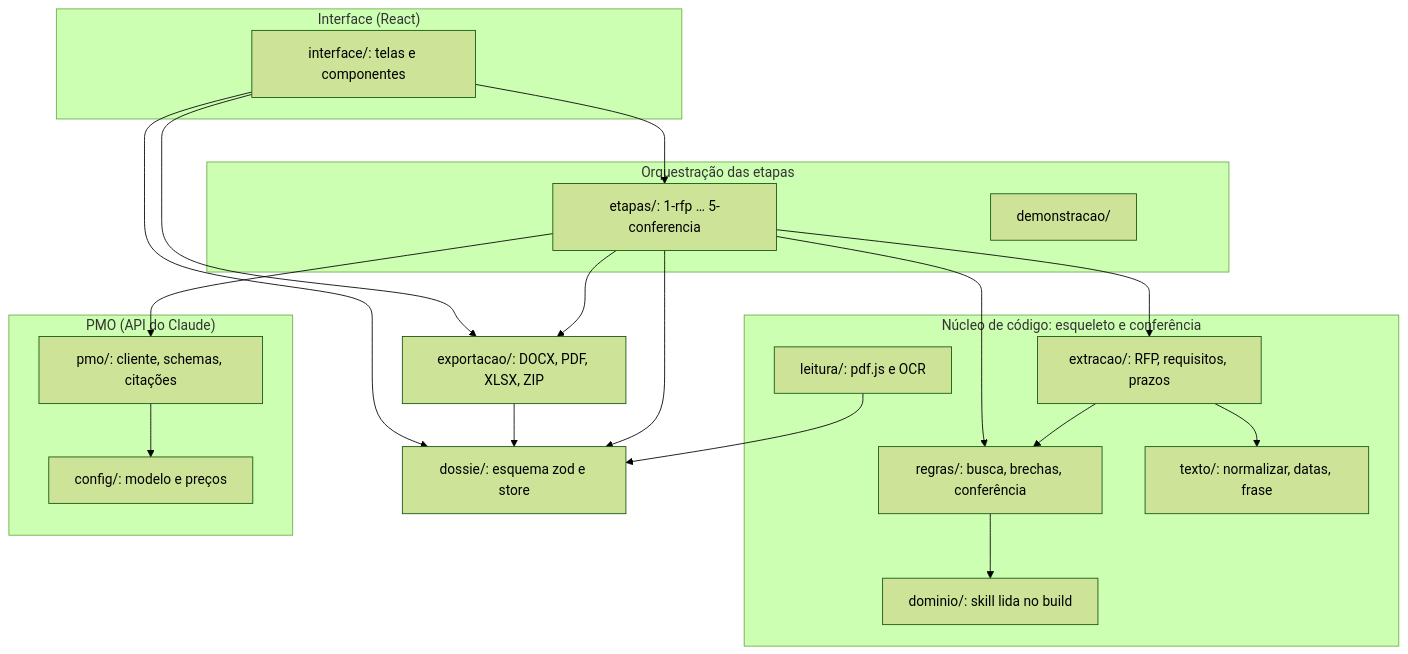
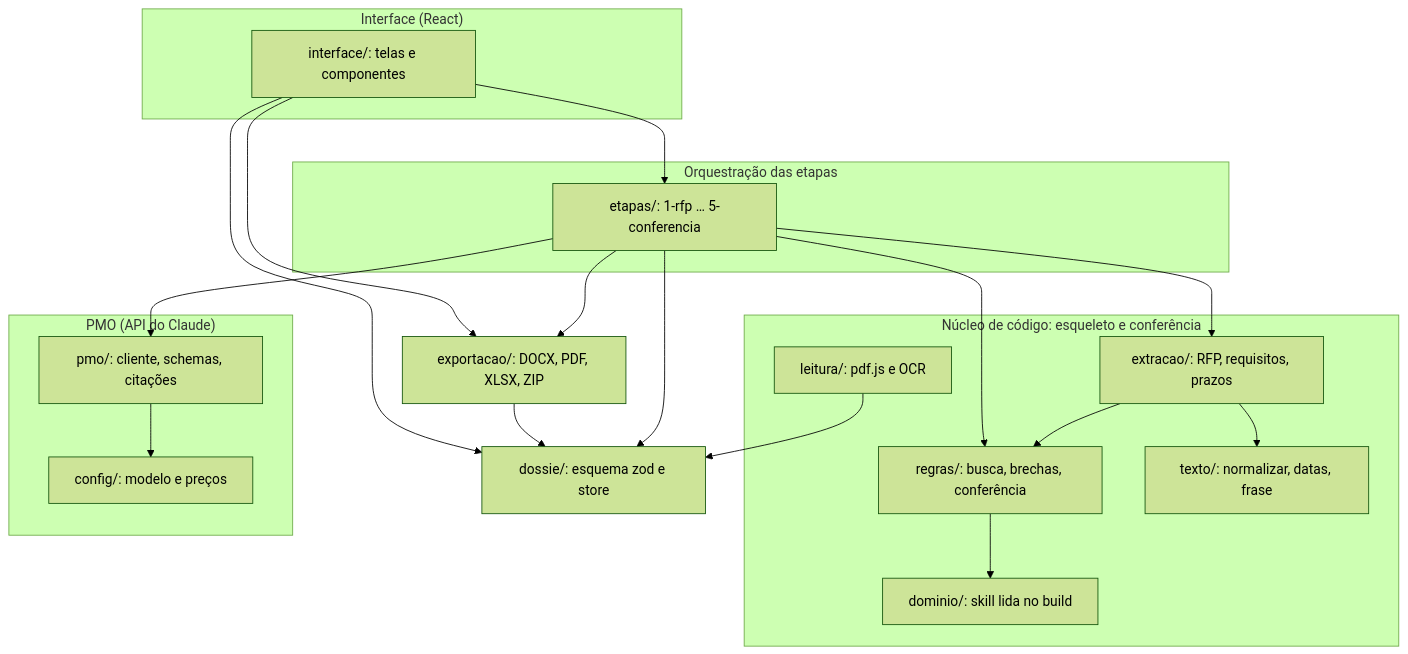
One commit to izacxll/raio-x-do-projeto changed the diagram in docs/tecnico/02-arquitetura.md. Above: the diagram before and after it, drawn with Mermaid (forest theme). The commit also changed other lines of this file and 52 other files, not shown here.

````diff
--- a/docs/tecnico/02-arquitetura.md
+++ b/docs/tecnico/02-arquitetura.md
@@ -16,37 +16,36 @@
 ```mermaid
 graph TB
   subgraph Interface["Interface (React)"]
     UI["interface/: telas e componentes"]
   end
   subgraph Etapas["Orquestração das etapas"]
     ET["etapas/: 1-rfp … 5-conferencia"]
-    DEMO["demonstracao/"]
   end
   subgraph Nucleo["Núcleo de código: esqueleto e conferência"]
     LEI["leitura/: pdf.js e OCR"]
     EXT["extracao/: RFP, requisitos, prazos"]
     REG["regras/: busca, brechas, conferência"]
     TXT["texto/: normalizar, datas, frase"]
     DOM["dominio/: skill lida no build"]
   end
   subgraph PMO["PMO (API do Claude)"]
     PMOM["pmo/: cliente, schemas, citações"]
     CFG["config/: modelo e preços"]
   end
   EXP["exportacao/: DOCX, PDF, XLSX, ZIP"]
   DOS["dossie/: esquema zod e store"]
   UI --> ET
   UI --> EXP
   UI --> DOS
   ET --> EXT
   ET --> REG
   ET --> PMOM
   ET --> EXP
   EXT --> REG
   EXT --> TXT
   REG --> DOM
   PMOM --> CFG
   EXP --> DOS
   ET --> DOS
   LEI --> DOS
 ```
````
